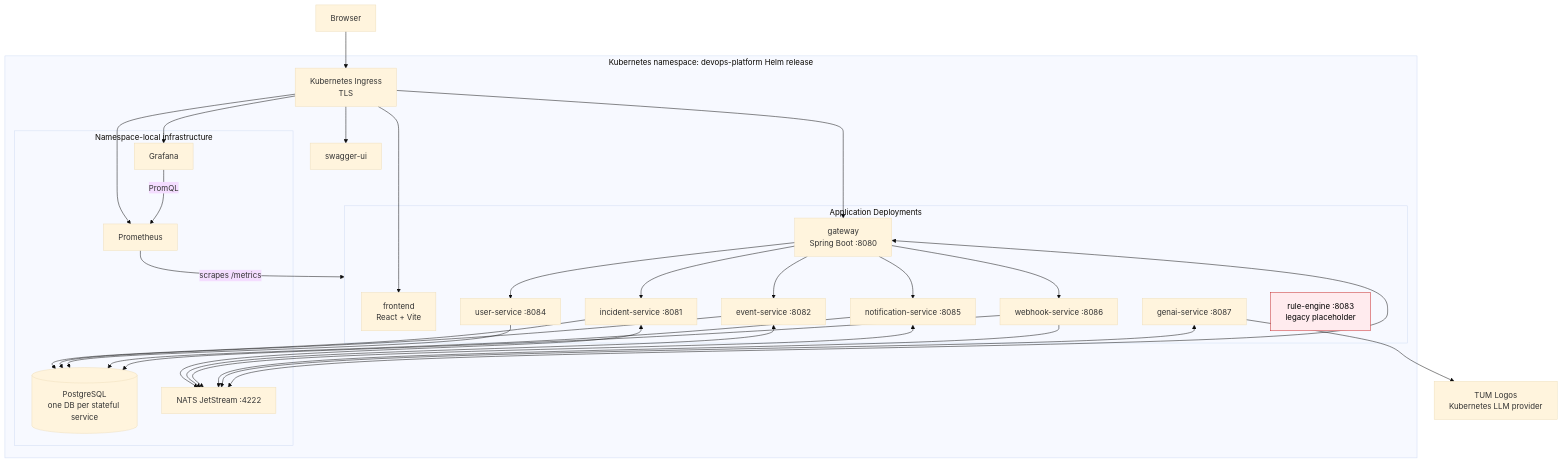
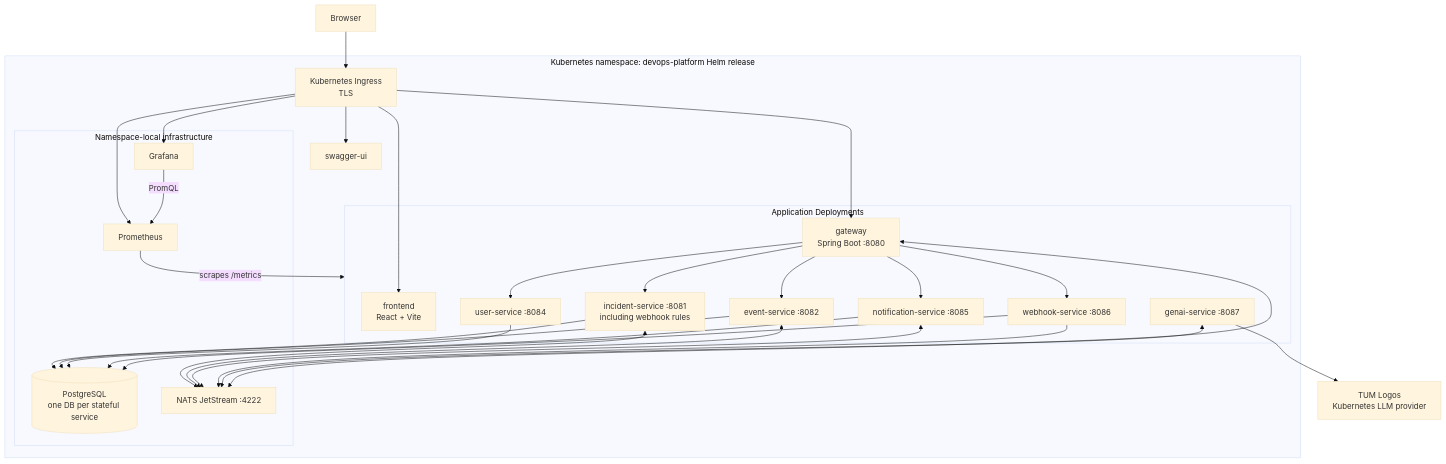
Before and after one commit to AET-DevOps26/team-panic-at-the-console: the diagram in docs/deliverables/2026-05-08-uml-diagrams/deployment_diagram.md, drawn with Mermaid (base theme). The commit also changed other lines of this file and 12 other files, not shown here.

````diff
--- a/docs/deliverables/2026-05-08-uml-diagrams/deployment_diagram.md
+++ b/docs/deliverables/2026-05-08-uml-diagrams/deployment_diagram.md
@@ -3,55 +3,52 @@
 ```mermaid
 flowchart TB
     user["Browser"] --> ingress["Kubernetes Ingress<br/>TLS"]
 
     subgraph namespace["Kubernetes namespace: devops-platform Helm release"]
         ingress --> frontend["frontend<br/>React + Vite"]
         ingress --> gateway["gateway<br/>Spring Boot :8080"]
         ingress --> swagger["swagger-ui"]
         ingress --> grafana["Grafana"]
         ingress --> prometheus["Prometheus"]
 
         subgraph applications["Application Deployments"]
             frontend
             gateway
-            incident["incident-service :8081"]
+            incident["incident-service :8081<br/>including webhook rules"]
             events["event-service :8082"]
             users["user-service :8084"]
             notifications["notification-service :8085"]
             webhooks["webhook-service :8086"]
             genai["genai-service :8087"]
-            legacy["rule-engine :8083<br/>legacy placeholder"]
         end
 
         subgraph infrastructure["Namespace-local infrastructure"]
             postgres[("PostgreSQL<br/>one DB per stateful service")]
             nats["NATS JetStream :4222"]
             prometheus
             grafana
         end
 
         gateway --> incident
         gateway --> events
         gateway --> users
         gateway --> notifications
         gateway --> webhooks
         incident --> postgres
         events --> postgres
         users --> postgres
         notifications --> postgres
         webhooks --> postgres
         incident <--> nats
         events <--> nats
         notifications <--> nats
         webhooks --> nats
         genai <--> nats
         gateway <--> nats
         prometheus -->|scrapes /metrics| applications
         grafana -->|PromQL| prometheus
     end
 
     genai --> logos["TUM Logos<br/>Kubernetes LLM provider"]
 
-    classDef legacy fill:#ffebee,stroke:#c62828,color:#000
-    class legacy legacy
 ```
````
